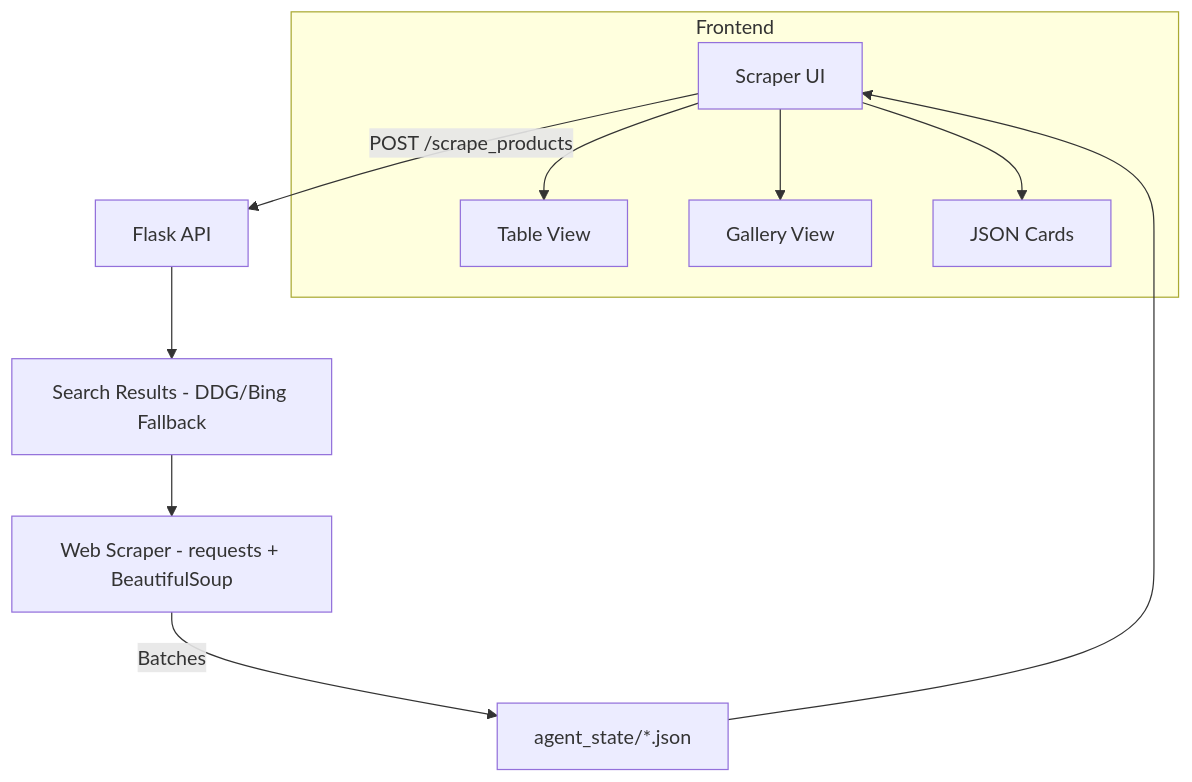
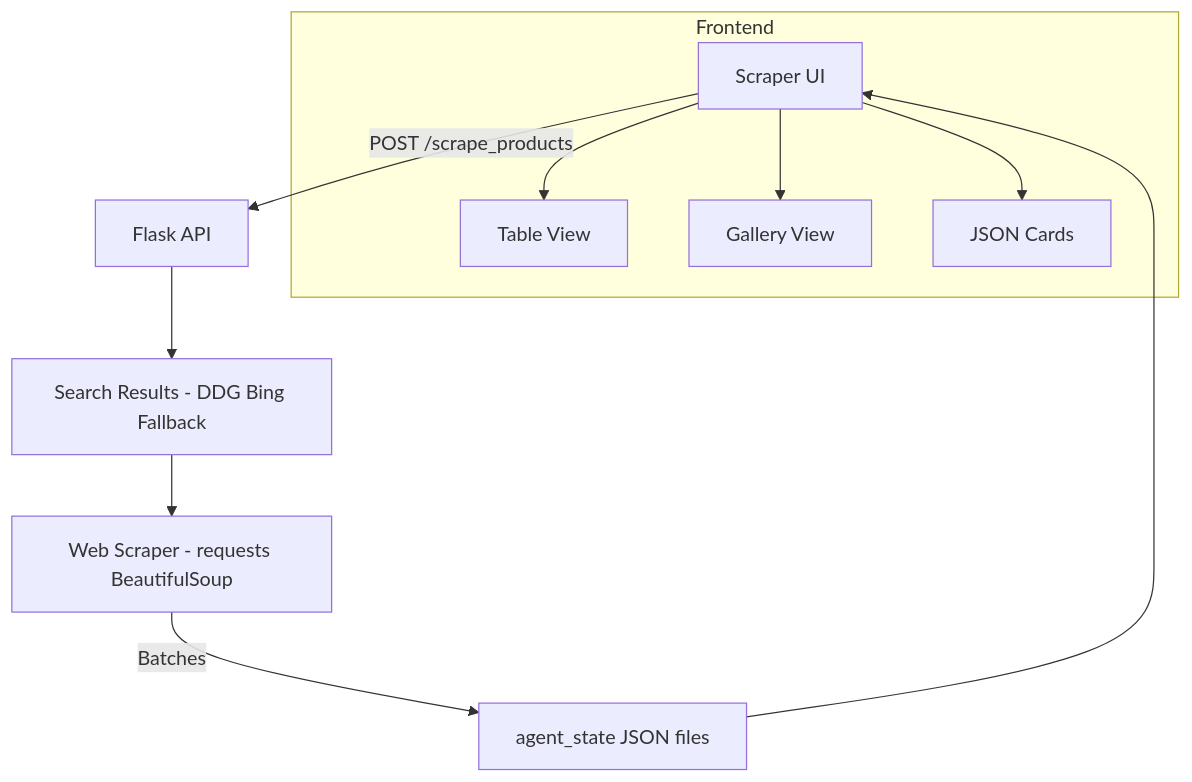
One commit to AshmitThakur23/Local-AI-Web-Navigator changed the third of 3 diagrams in README.md. Above: the diagram before and after it, drawn with Mermaid. The commit also changed other lines of this file and 15 other files, not shown here.

Commit message:
Fix Mermaid diagrams, remove redundant docs and launchers, update .gitignore

````diff
--- a/README.md
+++ b/README.md
@@ -184,13 +185,13 @@
 ```mermaid
 flowchart TD
-  UI["Scraper UI"] -->|POST /scrape_products| API["Flask API"]
-  API --> SR["Search Results - DDG/Bing Fallback"]
-  SR --> WB["Web Scraper - requests + BeautifulSoup"]
-  WB -->|Batches| FS["agent_state/*.json"]
+  UI["Scraper UI"] -->|"POST /scrape_products"| API["Flask API"]
+  API --> SR["Search Results - DDG Bing Fallback"]
+  SR --> WB["Web Scraper - requests BeautifulSoup"]
+  WB -->|"Batches"| FS["agent_state JSON files"]
   FS --> UI
   subgraph Frontend
     UI --> TableView["Table View"]
     UI --> GalleryView["Gallery View"]
     UI --> Cards["JSON Cards"]
   end
 ```
````
